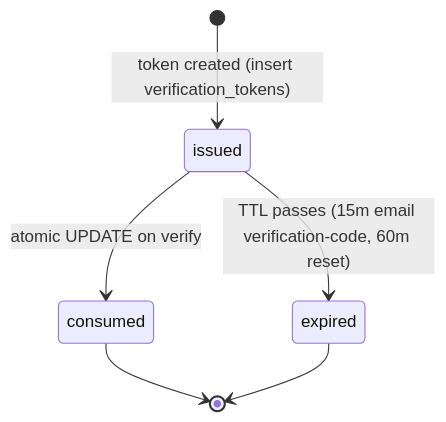
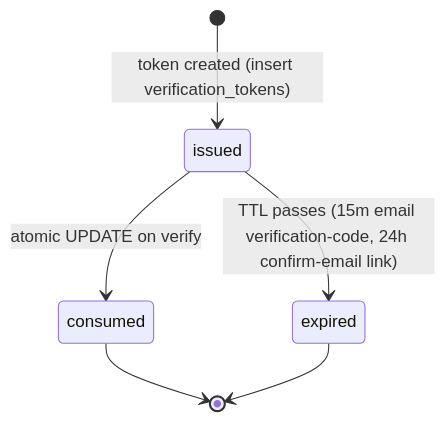
The diagram in src/domains/auth/sub-domains/auth-method/auth-method.overview.md (albetrios/meepzo-be), drawn with Mermaid before and after one commit. The commit also changed other lines of this file and 56 other files, not shown here.

First line of the commit message:
feat(auth): iteration row R35 — confirm your email (routes 133–134)

````diff
--- a/src/domains/auth/sub-domains/auth-method/auth-method.overview.md
+++ b/src/domains/auth/sub-domains/auth-method/auth-method.overview.md
@@ -23,8 +24,8 @@
 ```mermaid
 stateDiagram-v2
   [*] --> issued: token created (insert verification_tokens)
   issued --> consumed: atomic UPDATE on verify
-  issued --> expired: TTL passes (15m email verification-code, 60m reset)
+  issued --> expired: TTL passes (15m email verification-code, 24h confirm-email link)
   consumed --> [*]
   expired --> [*]
 ```
````
